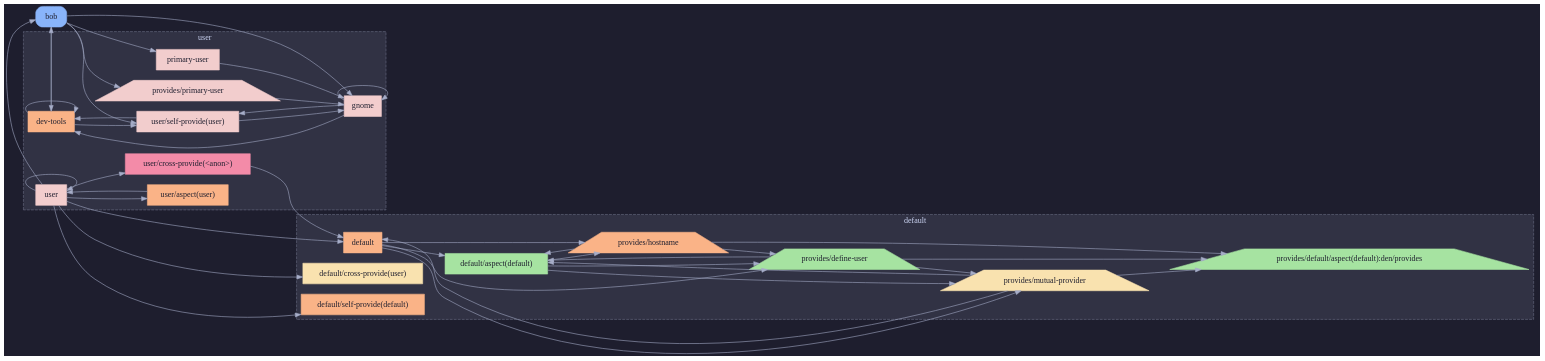
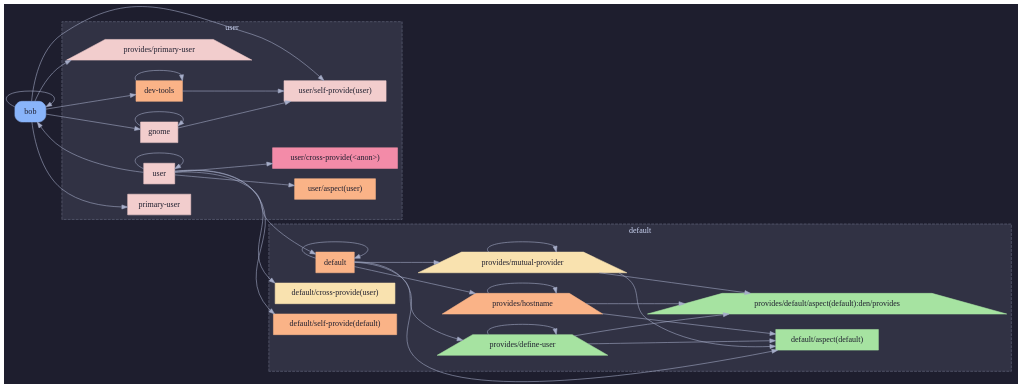
Before and after one commit to sini/den: the second of 3 diagrams in templates/diag-fx-demo/diagrams/multi-desktop-bob-dag.md, drawn with Graphviz. The commit also changed other lines of this file and 849 other files, not shown here.

Commit message:
chore: update fx diagrams

````diff
--- a/templates/diag-fx-demo/diagrams/multi-desktop-bob-dag.md
+++ b/templates/diag-fx-demo/diagrams/multi-desktop-bob-dag.md
@@ -100,82 +91,73 @@
 ```dot
 digraph {
   rankdir=LR;
   bgcolor="#1e1e2e";
   color="#cdd6f4";
   fontcolor="#cdd6f4";
   node [style=filled, fillcolor="#313244", fontcolor="#cdd6f4", color="#a6adc8"];
   edge [color="#a6adc8", fontcolor="#cdd6f4"];
   bob [label="bob",shape=box,style="rounded,filled",fillcolor="#89b4fa",color="#89b4fa",fontcolor="#1e1e2e"];
   subgraph cluster_ctx_user {
     label="user";
     style=dashed;
     color="#6c7086";
     fontcolor="#cdd6f4";
     bgcolor="#313244";
   dev_tools [label="dev-tools",shape=box,style=filled,fillcolor="#fab387",color="#fab387",fontcolor="#1e1e2e"];
   gnome [label="gnome",shape=box,style=filled,fillcolor="#f2cdcd",color="#f2cdcd",fontcolor="#1e1e2e"];
   primary_user [label="primary-user",shape=box,style=filled,fillcolor="#f2cdcd",color="#f2cdcd",fontcolor="#1e1e2e"];
   den__provides__primary_user [label="provides/primary-user",shape=trapezium,style=filled,fillcolor="#f2cdcd",color="#f2cdcd",fontcolor="#1e1e2e"];
   user [label="user",shape=box,style=filled,fillcolor="#f2cdcd",color="#f2cdcd",fontcolor="#1e1e2e"];
   user__aspect_user_ [label="user/aspect(user)",shape=box,style=filled,fillcolor="#fab387",color="#fab387",fontcolor="#1e1e2e"];
   user__cross_provide__anon__ [label="user/cross-provide(<anon>)",shape=box,style=filled,fillcolor="#f38ba8",color="#f38ba8",fontcolor="#1e1e2e"];
   user__self_provide_user_ [label="user/self-provide(user)",shape=box,style=filled,fillcolor="#f2cdcd",color="#f2cdcd",fontcolor="#1e1e2e"];
   }
   subgraph cluster_ctx_default {
     label="default";
     style=dashed;
     color="#6c7086";
     fontcolor="#cdd6f4";
     bgcolor="#313244";
   n_default [label="default",shape=box,style=filled,fillcolor="#fab387",color="#fab387",fontcolor="#1e1e2e"];
   default__aspect_default_ [label="default/aspect(default)",shape=box,style=filled,fillcolor="#a6e3a1",color="#a6e3a1",fontcolor="#1e1e2e"];
   den__provides__default__aspect_default__den__provides [label="provides/default/aspect(default):den/provides",shape=trapezium,style=filled,fillcolor="#a6e3a1",color="#a6e3a1",fontcolor="#1e1e2e"];
   default__cross_provide_user_ [label="default/cross-provide(user)",shape=box,style=filled,fillcolor="#f9e2af",color="#f9e2af",fontcolor="#1e1e2e"];
   default__self_provide_default_ [label="default/self-provide(default)",shape=box,style=filled,fillcolor="#fab387",color="#fab387",fontcolor="#1e1e2e"];
   den__provides__define_user [label="provides/define-user",shape=trapezium,style=filled,fillcolor="#a6e3a1",color="#a6e3a1",fontcolor="#1e1e2e"];
   den__provides__hostname [label="provides/hostname",shape=trapezium,style=filled,fillcolor="#fab387",color="#fab387",fontcolor="#1e1e2e"];
   den__provides__mutual_provider [label="provides/mutual-provider",shape=trapezium,style=filled,fillcolor="#f9e2af",color="#f9e2af",fontcolor="#1e1e2e"];
   }
 
+  bob -> bob;
   bob -> dev_tools;
   bob -> gnome;
   bob -> primary_user;
   bob -> den__provides__primary_user;
   bob -> user__self_provide_user_;
+  n_default -> n_default;
   n_default -> default__aspect_default_;
   n_default -> den__provides__define_user;
   n_default -> den__provides__hostname;
   n_default -> den__provides__mutual_provider;
-  default__aspect_default_ -> den__provides__define_user;
-  default__aspect_default_ -> den__provides__hostname;
-  default__aspect_default_ -> den__provides__mutual_provider;
   den__provides__define_user -> default__aspect_default_;
   den__provides__define_user -> den__provides__default__aspect_default__den__provides;
-  den__provides__define_user -> den__provides__mutual_provider;
+  den__provides__define_user -> den__provides__define_user;
   den__provides__hostname -> default__aspect_default_;
   den__provides__hostname -> den__provides__default__aspect_default__den__provides;
-  den__provides__hostname -> den__provides__define_user;
-  den__provides__mutual_provider -> n_default;
+  den__provides__hostname -> den__provides__hostname;
   den__provides__mutual_provider -> default__aspect_default_;
   den__provides__mutual_provider -> den__provides__default__aspect_default__den__provides;
-  den__provides__primary_user -> gnome;
-  dev_tools -> bob;
+  den__provides__mutual_provider -> den__provides__mutual_provider;
   dev_tools -> dev_tools;
   dev_tools -> user__self_provide_user_;
-  gnome -> dev_tools;
   gnome -> gnome;
   gnome -> user__self_provide_user_;
-  primary_user -> gnome;
   user -> bob;
   user -> n_default;
   user -> default__cross_provide_user_;
   user -> default__self_provide_default_;
   user -> user;
   user -> user__aspect_user_;
   user -> user__cross_provide__anon__;
-  user__aspect_user_ -> user;
-  user__cross_provide__anon__ -> n_default;
-  user__self_provide_user_ -> dev_tools;
-  user__self_provide_user_ -> gnome;
 }
 ```
````
